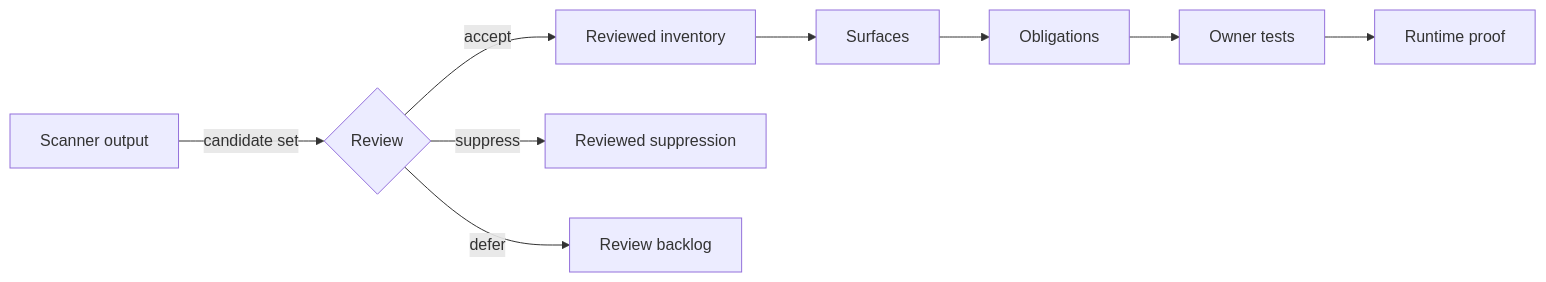
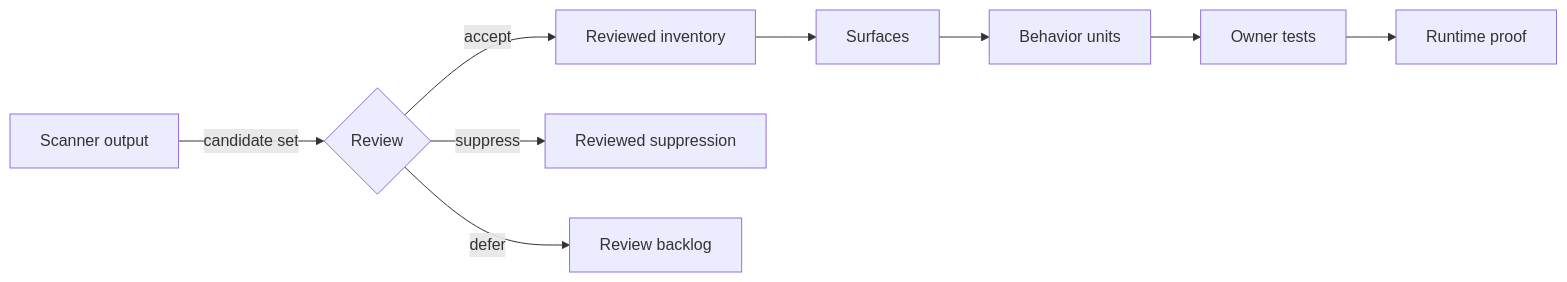
Before and after one commit to philo-kim/runtime-obligation-testops: the third of 4 diagrams in README.md, drawn with Mermaid. The commit also changed other lines of this file and 29 other files, not shown here.

````diff
--- a/README.md
+++ b/README.md
@@ -186,11 +188,11 @@
 ```mermaid
 flowchart LR
   A[Scanner output] -->|candidate set| B{Review}
   B -->|accept| C[Reviewed inventory]
   B -->|suppress| D[Reviewed suppression]
   B -->|defer| E[Review backlog]
   C --> F[Surfaces]
-  F --> G[Obligations]
+  F --> G[Behavior units]
   G --> H[Owner tests]
   H --> I[Runtime proof]
 ```
````
